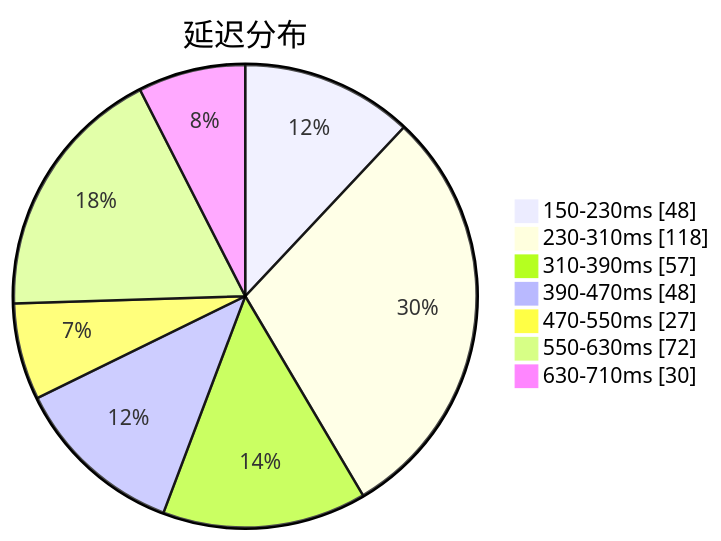
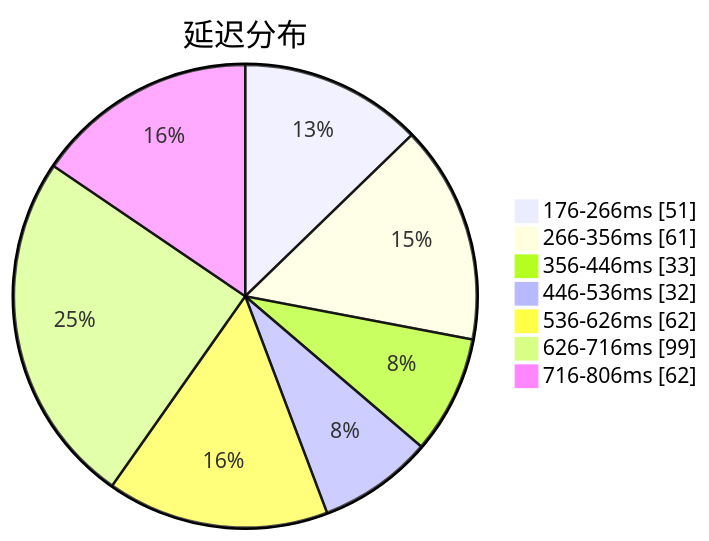
The first of 3 diagrams in subs/statistics/tested_within.md (qjlxg/airport), drawn with Mermaid before and after one commit. The commit also changed other lines of this file and 2 other files, not shown here.

````diff
--- a/subs/statistics/tested_within.md
+++ b/subs/statistics/tested_within.md
@@ -2,11 +2,11 @@
 ```mermaid
 pie showData
 title 延迟分布
-"150-230ms" : 48
-"230-310ms" : 118
-"310-390ms" : 57
-"390-470ms" : 48
-"470-550ms" : 27
-"550-630ms" : 72
-"630-710ms" : 30
+"176-266ms" : 51
+"266-356ms" : 61
+"356-446ms" : 33
+"446-536ms" : 32
+"536-626ms" : 62
+"626-716ms" : 99
+"716-806ms" : 62
 ```
````
